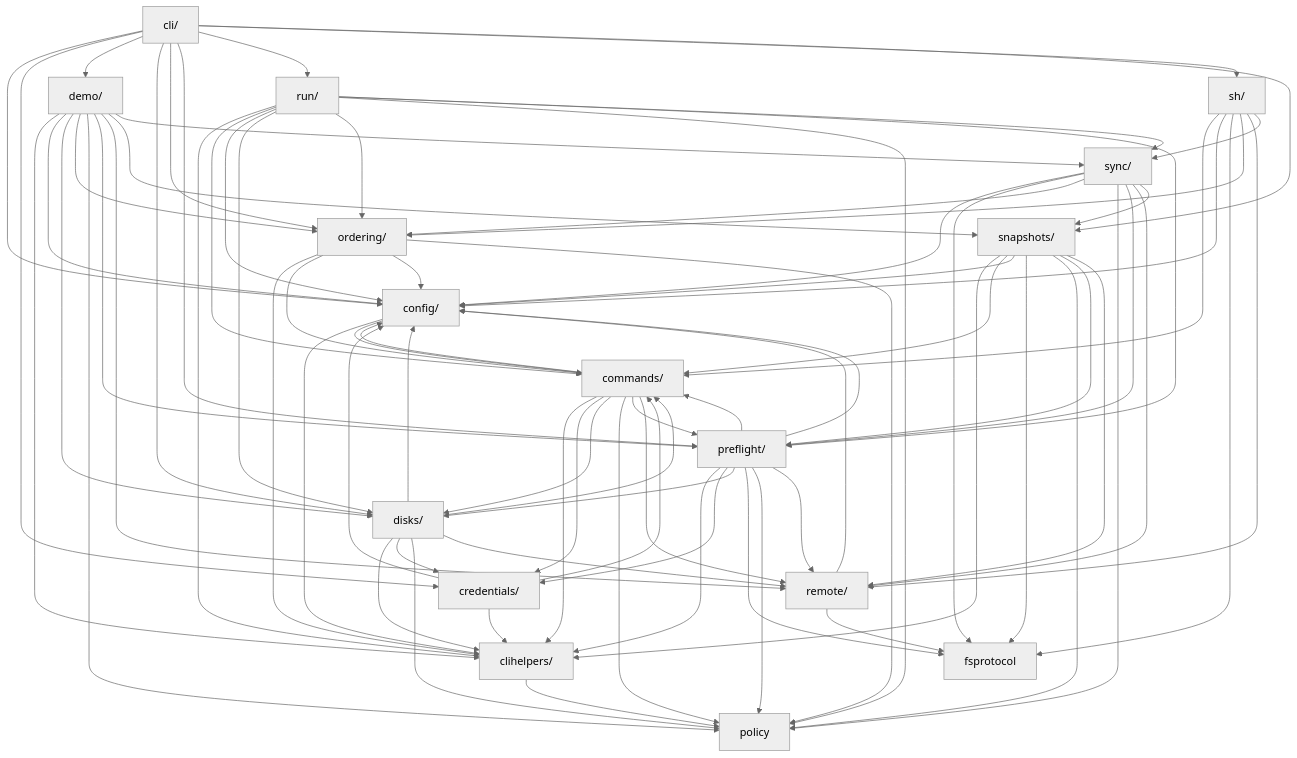
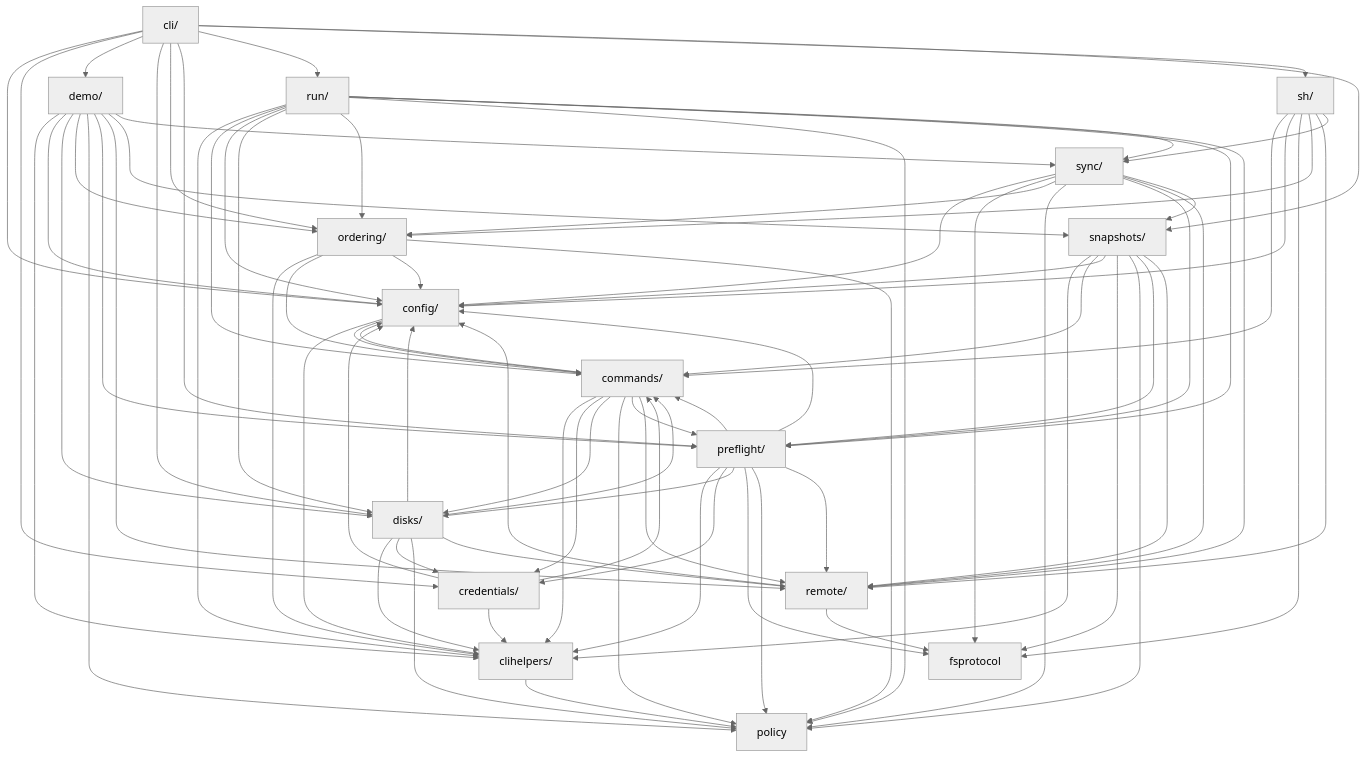
Before and after one commit to iglootools/nbkp: the diagram in docs/architecture.md, drawn with Mermaid (neutral theme). The commit also changed other lines of this file and 60 other files, not shown here.

```diff
--- a/docs/architecture.md
+++ b/docs/architecture.md
@@ -114,6 +114,7 @@
     run --> ordering
     run --> policy
     run --> preflight
+    run --> remote
     run --> sync
     sh --> commands
     sh --> config
```
